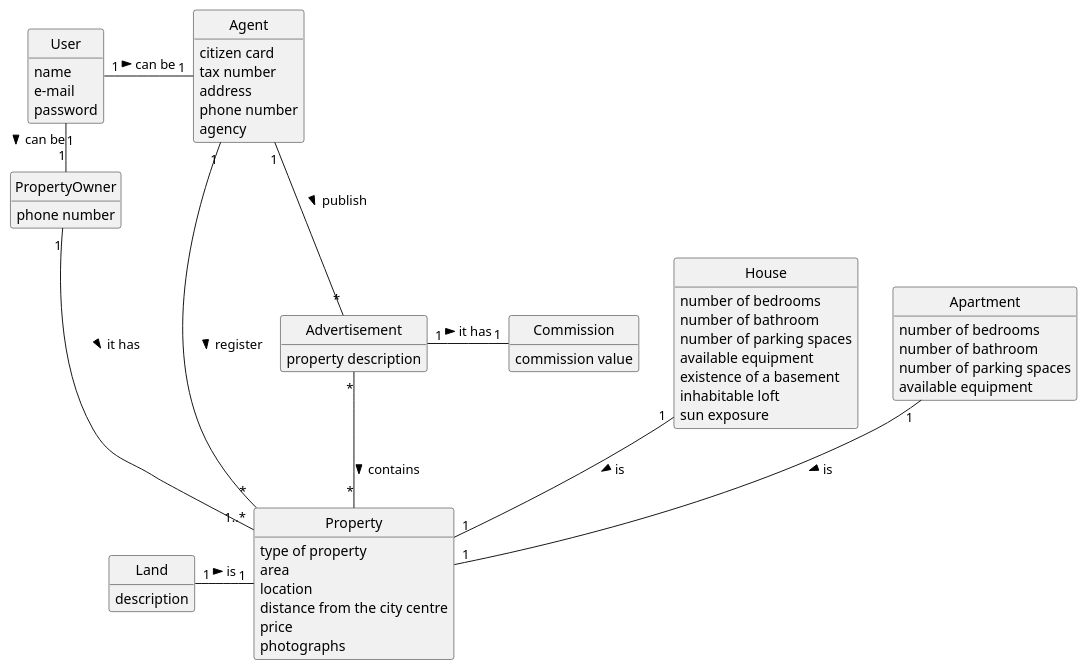
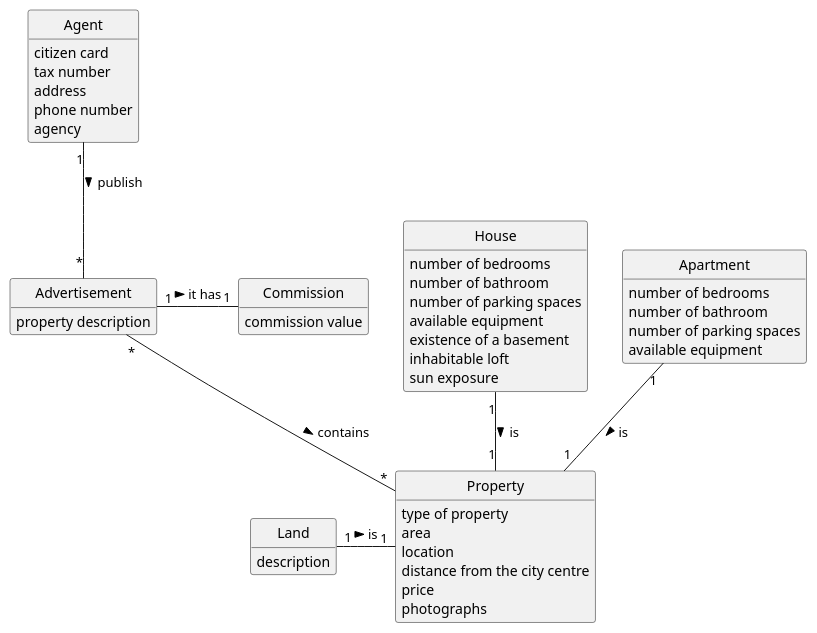
The diagram in docs/sprintB/US002/02.analysis/puml/US2_DM.puml (tiagohcorreia/LAPR2), drawn with PlantUML before and after one commit.

Commit message:
US2_Analysis_DM_Alterações

```diff
--- a/docs/sprintB/US002/02.analysis/puml/US2_DM.puml
+++ b/docs/sprintB/US002/02.analysis/puml/US2_DM.puml
@@ -1,93 +1,79 @@
 @startuml
 skinparam monochrome true
 skinparam packageStyle rectangle
 skinparam shadowing false
 
 'left to right direction
 
 skinparam classAttributeIconSize 0
 
 hide circle
 hide methods
 
 'title Domain Model
 
 'class Platform {
 '  -description
 '}
 
 class Agent {
     citizen card
     tax number
     address
     phone number
     agency
 }
 
 class Advertisement {
     property description
 }
 
 
 
 class House {
      number of bedrooms
      number of bathroom
      number of parking spaces
      available equipment
      existence of a basement
      inhabitable loft
      sun exposure
 }
 
 class Apartment {
      number of bedrooms
      number of bathroom
      number of parking spaces
      available equipment
 }
 class Land {
      description
 }
 
 class Commission {
     commission value
 }
 
 class Property {
      type of property
      area
      location
      distance from the city centre
      price
      photographs
 }
 
-class User {
-    name
-    e-mail
-    password
 
-}
-
-class PropertyOwner {
-    phone number
-
-}
 
 
 Advertisement "*" -- "*" Property: contains >
-PropertyOwner "1" --"1..*" Property: it has >
-User "1" - "1" PropertyOwner: can be >
-Agent "1" - "*" Property: register >
 Agent "1" -- "*" Advertisement: publish >
-User "1"  - "1" Agent: can be >
 House "1" --"1" Property: is >
 Apartment"1" -- "1" Property: is >
 Land"1" - "1" Property: is >
 Advertisement"1" - "1" Commission: it has >
 
 
 
 
 @enduml
```
